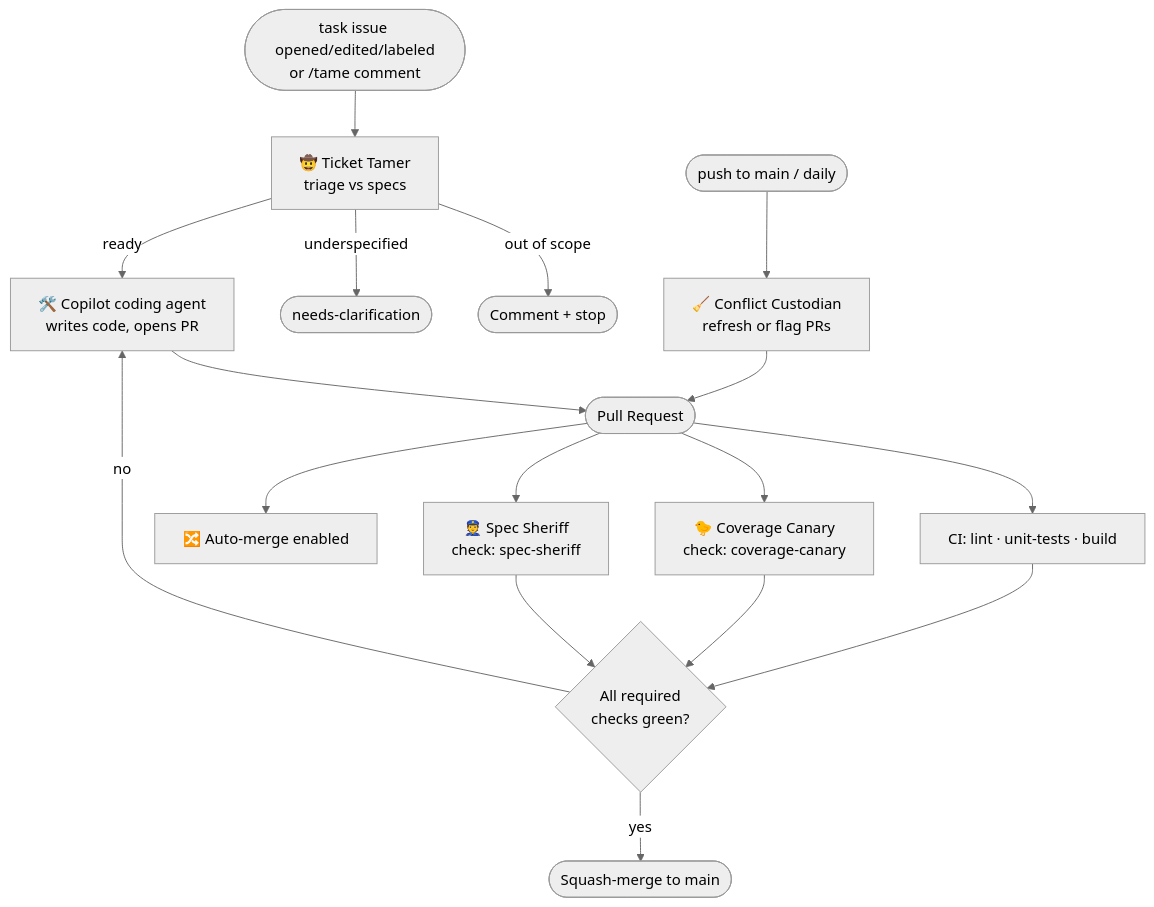
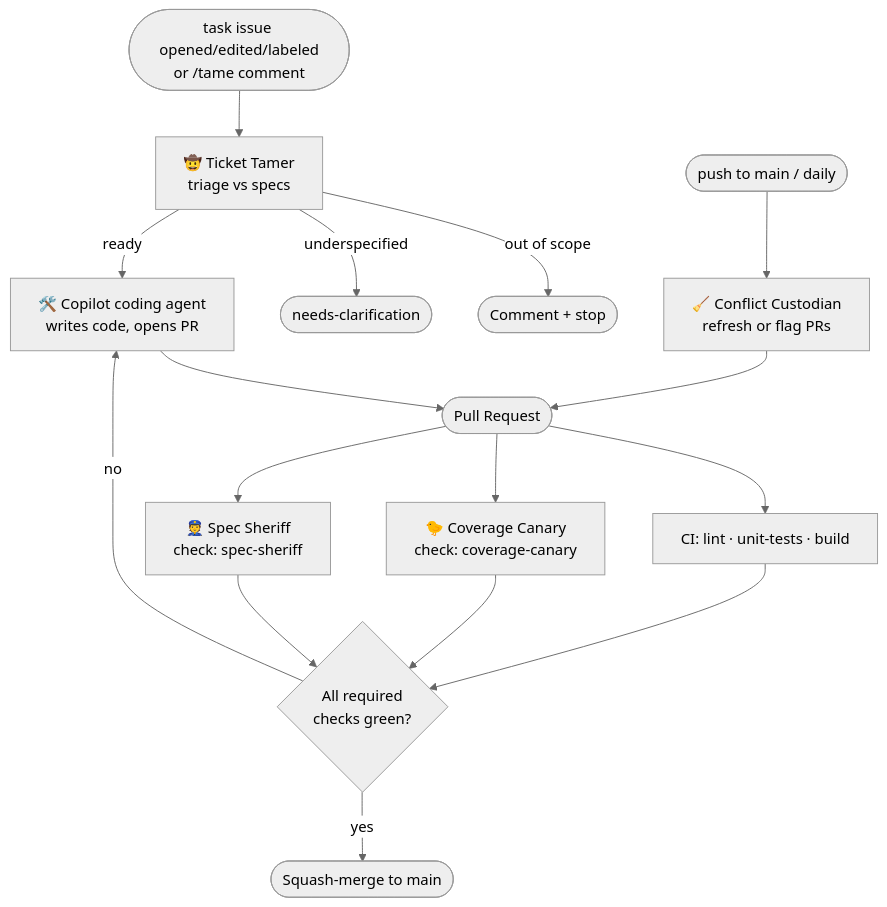
Before and after one commit to lfarci/loganfarci.com: the diagram in docs/agentic-workflows.md, drawn with Mermaid (neutral theme). The commit also changed other lines of this file and 10 other files, not shown here.

First line of the commit message:
Remove Conflict Custodian and keep native PR auto-merge only (#286)

````diff
--- a/docs/agentic-workflows.md
+++ b/docs/agentic-workflows.md
@@ -24,19 +23,18 @@
 ```mermaid
 flowchart TD
     I([task issue opened/edited/labeled<br/>or /tame comment]) --> TT[🤠 Ticket Tamer<br/>triage vs specs]
     TT -- out of scope --> X([Comment + stop])
     TT -- underspecified --> NC([needs-clarification])
     TT -- ready --> COP[🛠️ Copilot coding agent<br/>writes code, opens PR]
     COP --> PR([Pull Request])
     PR --> CI[CI: lint · unit-tests · build]
     PR --> CC[🐤 Coverage Canary<br/>check: coverage-canary]
     PR --> SS[👮 Spec Sheriff<br/>check: spec-sheriff]
-    PR --> AM[🔀 Auto-merge enabled]
     MAIN([push to main / daily]) --> CU[🧹 Conflict Custodian<br/>refresh or flag PRs]
     CU --> PR
     CI --> G{All required<br/>checks green?}
     CC --> G
     SS --> G
     G -- yes --> M([Squash-merge to main])
     G -- no --> COP
 ```
````
